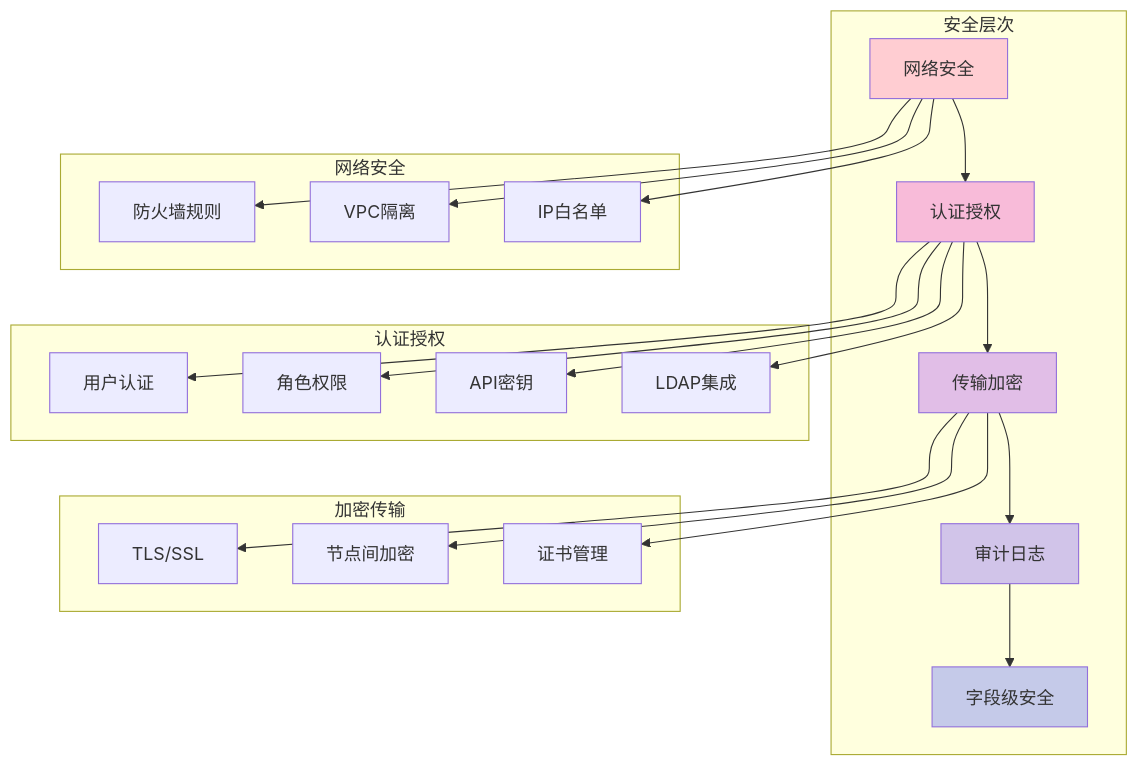
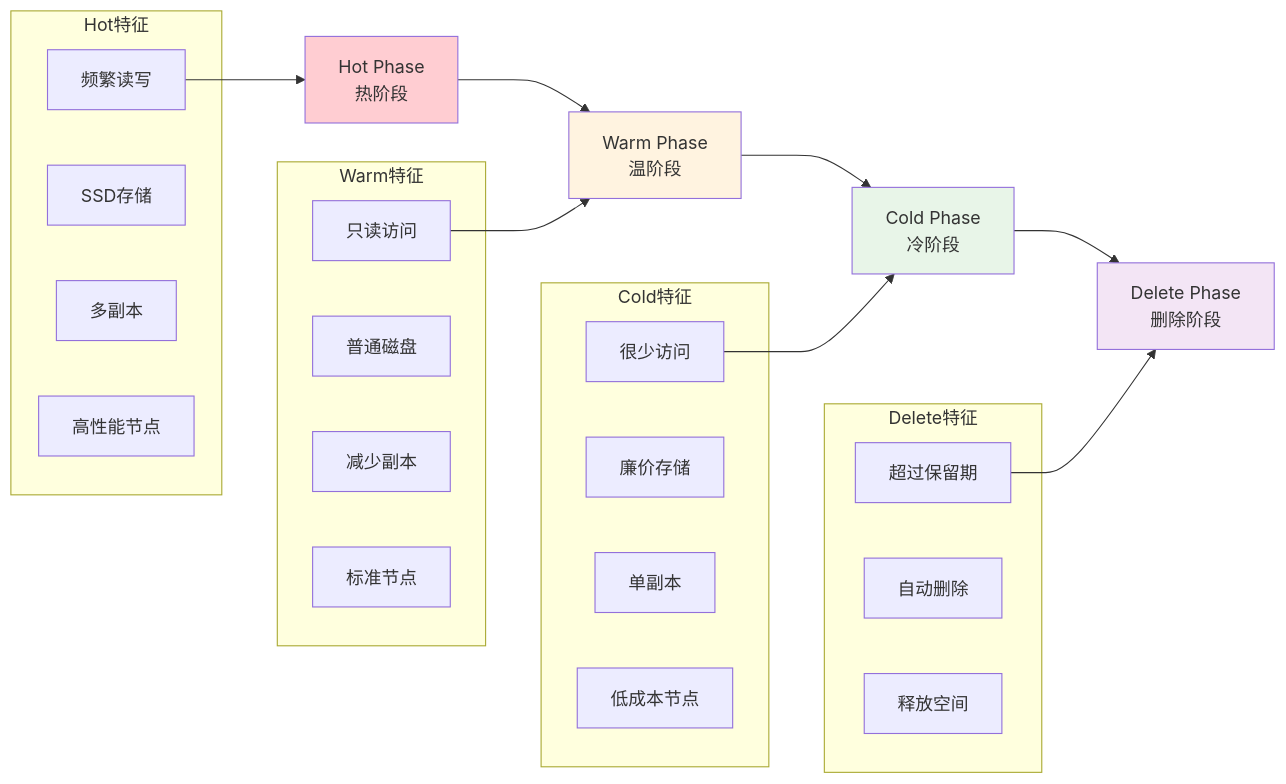
One commit to ralph-wren/TechStack-Handbook changed diagram 18 of 30 in 32.elasticsearch.md. Above: the diagram before and after it, drawn with Mermaid. The commit also changed other lines of this file and 2 other files, not shown here.

````diff
--- a/32.elasticsearch.md
+++ b/32.elasticsearch.md
@@ -867,47 +840,43 @@
 ```mermaid
-graph TB
-    subgraph "安全层次"
-        A["网络安全"] --> B["认证授权"]
-        B --> C["传输加密"]
-        C --> D["审计日志"]
-        D --> E["字段级安全"]
+graph LR
+    A["Hot Phase<br/>热阶段"] --> B["Warm Phase<br/>温阶段"]
+    B --> C["Cold Phase<br/>冷阶段"]
+    C --> D["Delete Phase<br/>删除阶段"]
+    
+    subgraph "Hot特征"
+        A1["频繁读写"]
+        A2["SSD存储"]
+        A3["多副本"]
+        A4["高性能节点"]
     end
     
-    subgraph "网络安全"
-        A1["防火墙规则"]
-        A2["VPC隔离"]
-        A3["IP白名单"]
+    subgraph "Warm特征"
+        B1["只读访问"]
+        B2["普通磁盘"]
+        B3["减少副本"]
+        B4["标准节点"]
     end
     
-    subgraph "认证授权"
-        B1["用户认证"]
-        B2["角色权限"]
-        B3["API密钥"]
-        B4["LDAP集成"]
+    subgraph "Cold特征"
+        C1["很少访问"]
+        C2["廉价存储"]
+        C3["单副本"]
+        C4["低成本节点"]
     end
     
-    subgraph "加密传输"
-        C1["TLS/SSL"]
-        C2["节点间加密"]
-        C3["证书管理"]
+    subgraph "Delete特征"
+        D1["超过保留期"]
+        D2["自动删除"]
+        D3["释放空间"]
     end
     
-    A --> A1
-    A --> A2
-    A --> A3
-    
-    B --> B1
-    B --> B2
-    B --> B3
-    B --> B4
-    
-    C --> C1
-    C --> C2
-    C --> C3
+    A1 --> A
+    B1 --> B
+    C1 --> C
+    D1 --> D
     
     style A fill:#ffcdd2
-    style B fill:#f8bbd9
-    style C fill:#e1bee7
-    style D fill:#d1c4e9
-    style E fill:#c5cae9
+    style B fill:#fff3e0
+    style C fill:#e8f5e8
+    style D fill:#f3e5f5
 ```
````
